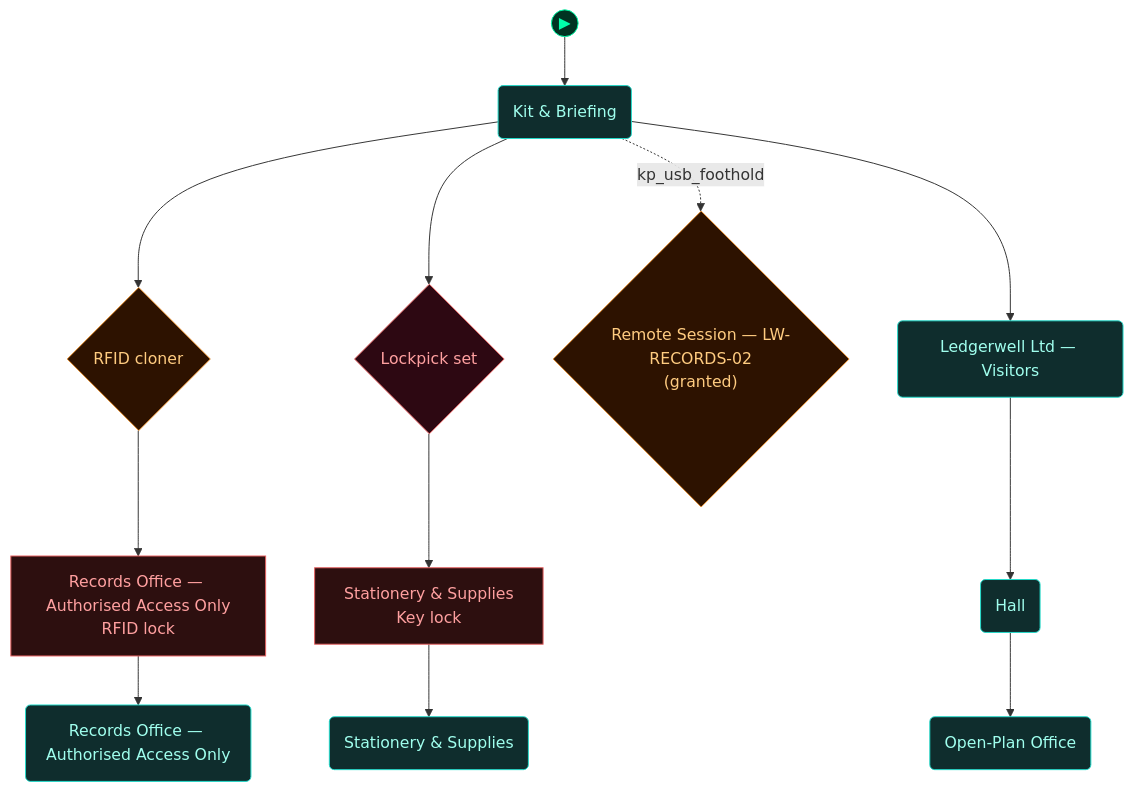
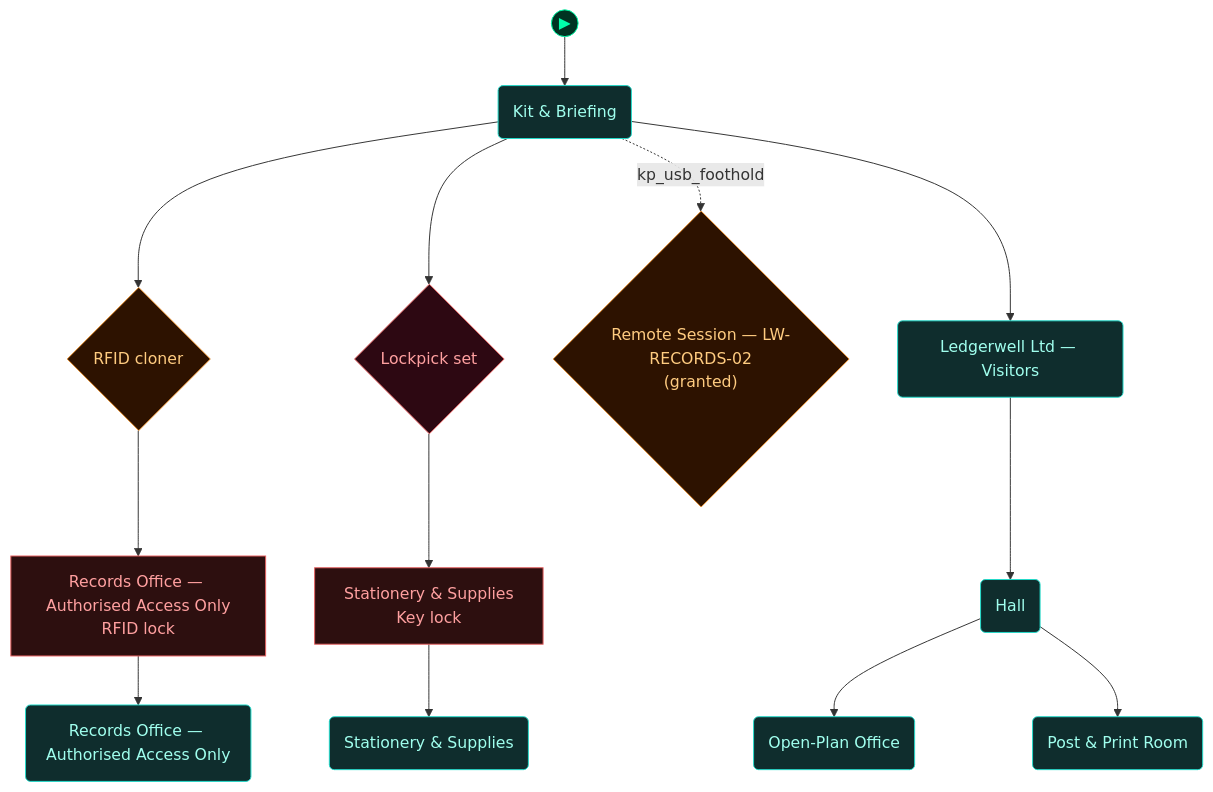
The first of 5 diagrams in scenarios/lab_physical_pentest/dungeon_graph.md (cliffe/BreakEscape), drawn with Mermaid before and after one commit. The commit also changed other lines of this file and 10 other files, not shown here.

First line of the commit message:
lab_physical_pentest expansion step 3: P1 post & print room + B3 sensitive-document-disposal beat

````diff
--- a/scenarios/lab_physical_pentest/dungeon_graph.md
+++ b/scenarios/lab_physical_pentest/dungeon_graph.md
@@ -51,50 +51,52 @@
 ```mermaid
 flowchart TD
 
   classDef room      fill:#0f2d2d,stroke:#22ddcc,color:#a0ffee
   classDef lock      fill:#2d0f0f,stroke:#e66060,color:#ffa0a0
   classDef key       fill:#2d0812,stroke:#e66060,color:#ffa0a0
   classDef item      fill:#2d1200,stroke:#e89030,color:#ffcc80
   classDef gate      fill:#111,stroke:#666,color:#eee
   classDef vm        fill:#0c1f40,stroke:#4a90d9,color:#a0c8ff
   classDef flag      fill:#1a0c2d,stroke:#9060d0,color:#cc99ff
   classDef action    fill:#1a1200,stroke:#cc9922,color:#ffee88
   classDef aim       fill:#0d2a0d,stroke:#44cc44,color:#88ff88
   classDef aim_gate  fill:#111111,stroke:#44cc44,color:#44cc44
   classDef container fill:#1a2d1a,stroke:#60b060,color:#a0e0a0
   classDef npc       fill:#2d1f0d,stroke:#d0a050,color:#ffe0a0
   classDef critical  fill:#2a1500,stroke:#ffaa00,color:#ffdd88
   classDef start     fill:#003322,stroke:#00ffaa,color:#00ffaa
 
   node_start(("▶"))
   node_start --> briefing_room
 
   door_secure_area["Records Office — Authorised Access Only<br/>RFID lock"]
   secure_area("Records Office — Authorised Access Only")
   door_store_room["Stationery & Supplies<br/>Key lock"]
   store_room("Stationery & Supplies")
   briefing_room("Kit & Briefing")
   rfid_cloner{"RFID cloner"}
   lockpick_set{"Lockpick set"}
   grant_records_remote_session{"Remote Session — LW-RECORDS-02<br/>(granted)"}
   reception("Ledgerwell Ltd — Visitors")
   hall("Hall")
   open_plan("Open-Plan Office")
+  P1("Post & Print Room")
 
   door_secure_area --> secure_area
   door_store_room --> store_room
   briefing_room --> rfid_cloner
   rfid_cloner --> door_secure_area
   briefing_room --> lockpick_set
   lockpick_set --> door_store_room
   briefing_room -.->|kp_usb_foothold| grant_records_remote_session
   briefing_room --> reception
   reception --> hall
   hall --> open_plan
+  hall --> P1
 
   class door_secure_area,door_store_room lock
-  class secure_area,store_room,briefing_room,reception,hall,open_plan room
+  class secure_area,store_room,briefing_room,reception,hall,open_plan,P1 room
   class rfid_cloner,grant_records_remote_session item
   class lockpick_set key
   class node_start start
 ```
````
